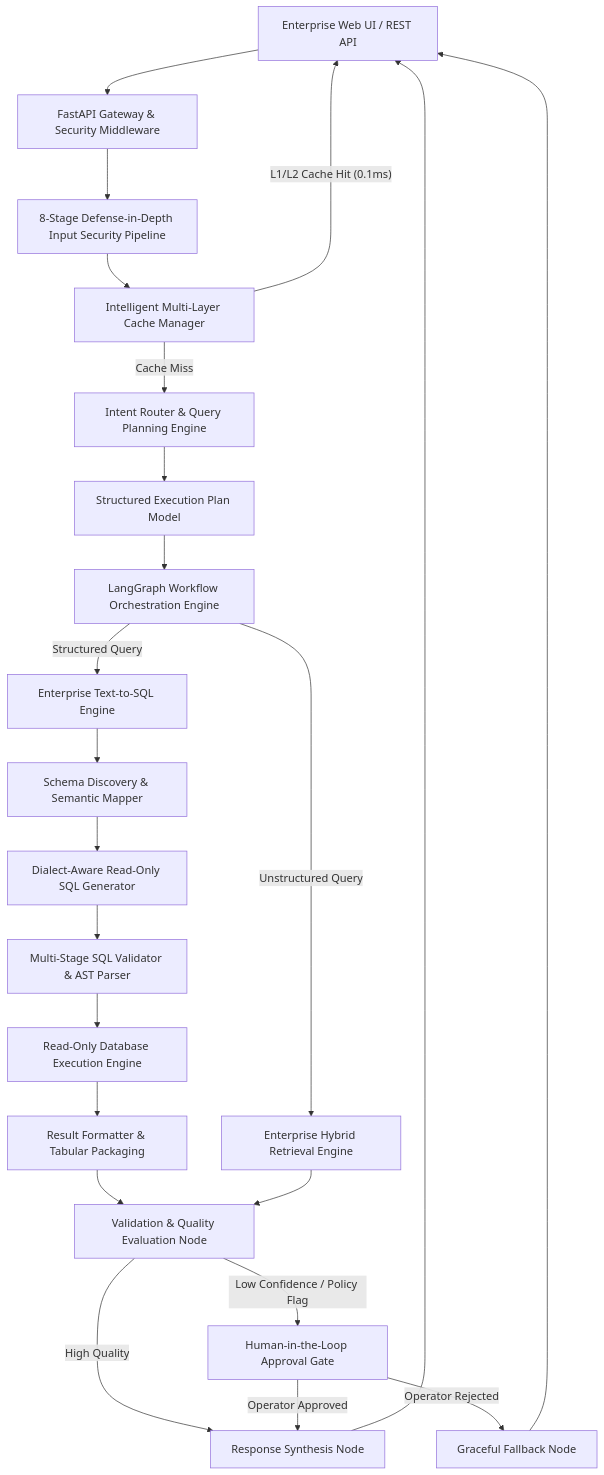
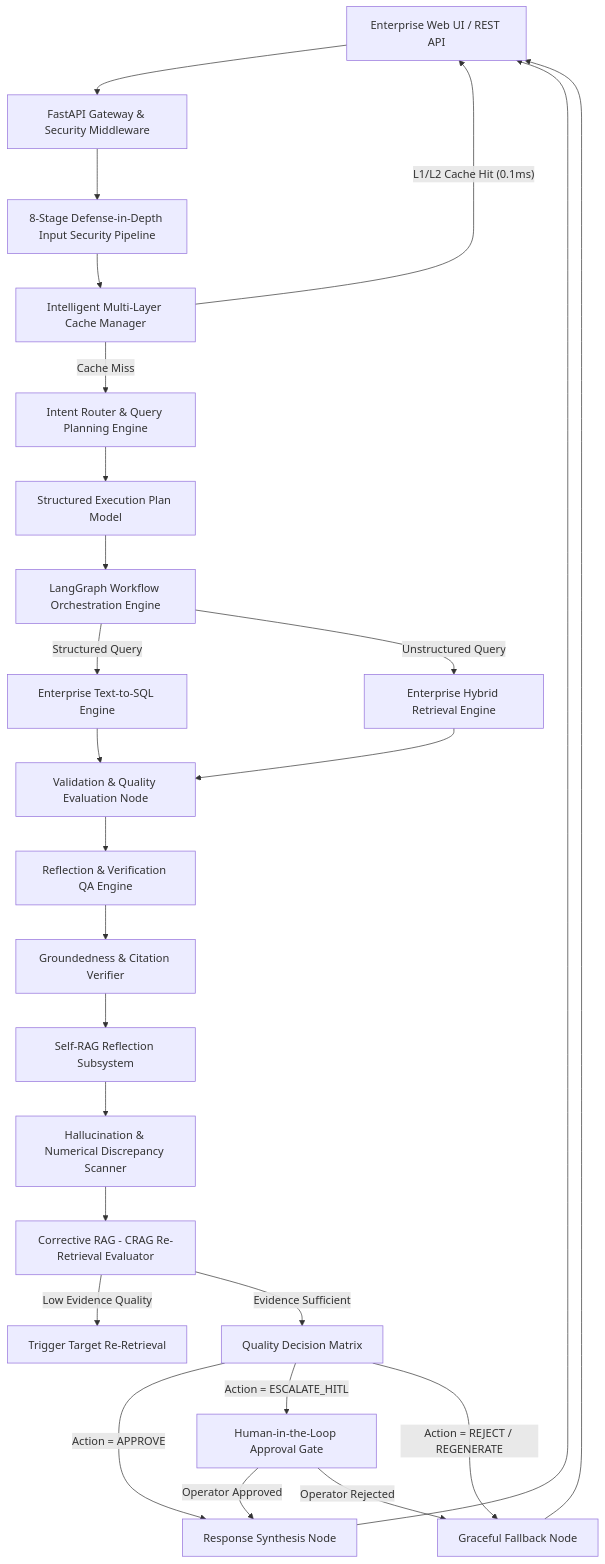
The first of 2 diagrams in README.md (sreeram0343/ragtune), drawn with Mermaid before and after one commit. The commit also changed other lines of this file, not shown here.

Commit message:
docs: update README with Reflection, Verification & Quality Assurance Engine architecture, Self-RAG reflection, CRAG, and diagrams

````diff
--- a/README.md
+++ b/README.md
@@ -45,33 +47,38 @@
 ```mermaid
 graph TD
     Client[Enterprise Web UI / REST API] --> Gateway[FastAPI Gateway & Security Middleware]
     Gateway --> SecurityPipeline[8-Stage Defense-in-Depth Input Security Pipeline]
     SecurityPipeline --> CacheManager[Intelligent Multi-Layer Cache Manager]
     
     CacheManager -- L1/L2 Cache Hit (0.1ms) --> Client
     CacheManager -- Cache Miss --> IntentRouter[Intent Router & Query Planning Engine]
     
     IntentRouter --> ExecPlan[Structured Execution Plan Model]
     ExecPlan --> OrchestrationEngine[LangGraph Workflow Orchestration Engine]
     
     OrchestrationEngine -->|Structured Query| Text2SQL[Enterprise Text-to-SQL Engine]
     OrchestrationEngine -->|Unstructured Query| HybridRetriever[Enterprise Hybrid Retrieval Engine]
     
-    Text2SQL --> SchemaIntrospector[Schema Discovery & Semantic Mapper]
-    SchemaIntrospector --> SQLGenerator[Dialect-Aware Read-Only SQL Generator]
-    SQLGenerator --> Validator[Multi-Stage SQL Validator & AST Parser]
-    Validator --> ExecEngine[Read-Only Database Execution Engine]
-    ExecEngine --> ResultInterpreter[Result Formatter & Tabular Packaging]
-    
-    ResultInterpreter --> EvaluationNode[Validation & Quality Evaluation Node]
+    Text2SQL --> EvaluationNode[Validation & Quality Evaluation Node]
     HybridRetriever --> EvaluationNode
     
-    EvaluationNode -- High Quality --> SynthesisNode[Response Synthesis Node]
-    EvaluationNode -- Low Confidence / Policy Flag --> HITLGate[Human-in-the-Loop Approval Gate]
+    EvaluationNode --> VerificationEngine[Reflection & Verification QA Engine]
+    
+    VerificationEngine --> GroundingVerifier[Groundedness & Citation Verifier]
+    GroundingVerifier --> SelfRAG[Self-RAG Reflection Subsystem]
+    SelfRAG --> HallucinationDetector[Hallucination & Numerical Discrepancy Scanner]
+    HallucinationDetector --> CRAGEvaluator[Corrective RAG - CRAG Re-Retrieval Evaluator]
+    
+    CRAGEvaluator -- Low Evidence Quality --> CRAGTrigger[Trigger Target Re-Retrieval]
+    CRAGEvaluator -- Evidence Sufficient --> DecisionMatrix[Quality Decision Matrix]
+    
+    DecisionMatrix -- Action = APPROVE --> SynthesisNode[Response Synthesis Node]
+    DecisionMatrix -- Action = ESCALATE_HITL --> HITLGate[Human-in-the-Loop Approval Gate]
+    DecisionMatrix -- Action = REJECT / REGENERATE --> FallbackNode[Graceful Fallback Node]
     
     HITLGate -- Operator Approved --> SynthesisNode
-    HITLGate -- Operator Rejected --> FallbackNode[Graceful Fallback Node]
+    HITLGate -- Operator Rejected --> FallbackNode
     
     SynthesisNode --> Client
     FallbackNode --> Client
 ```
````
